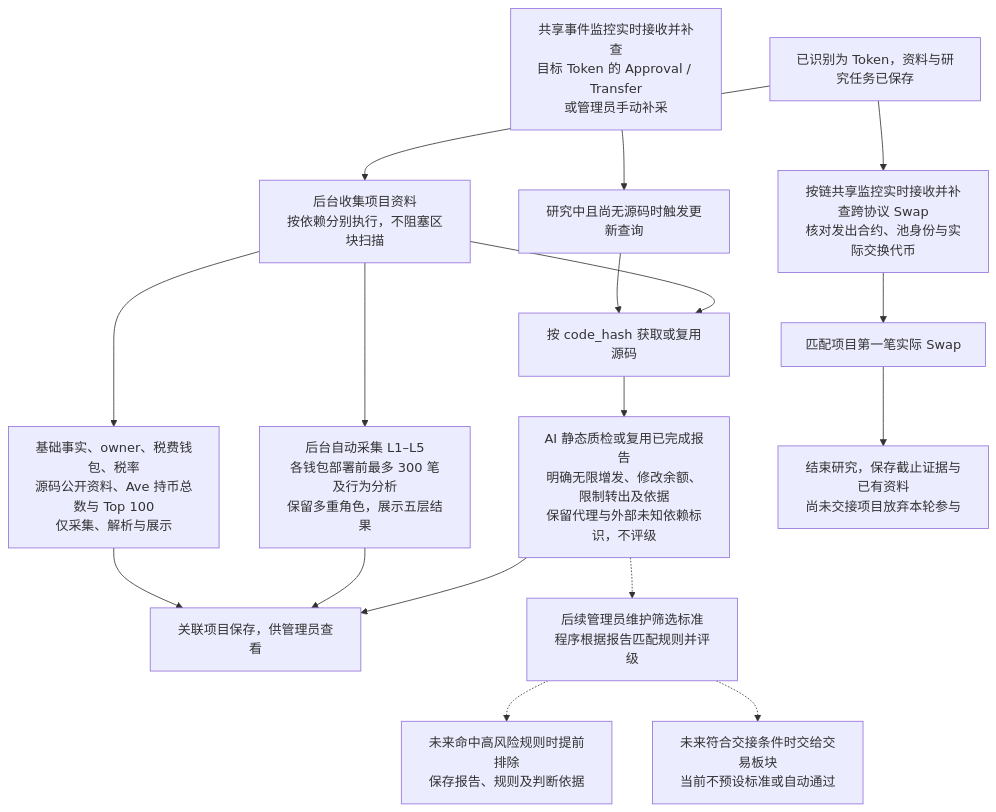
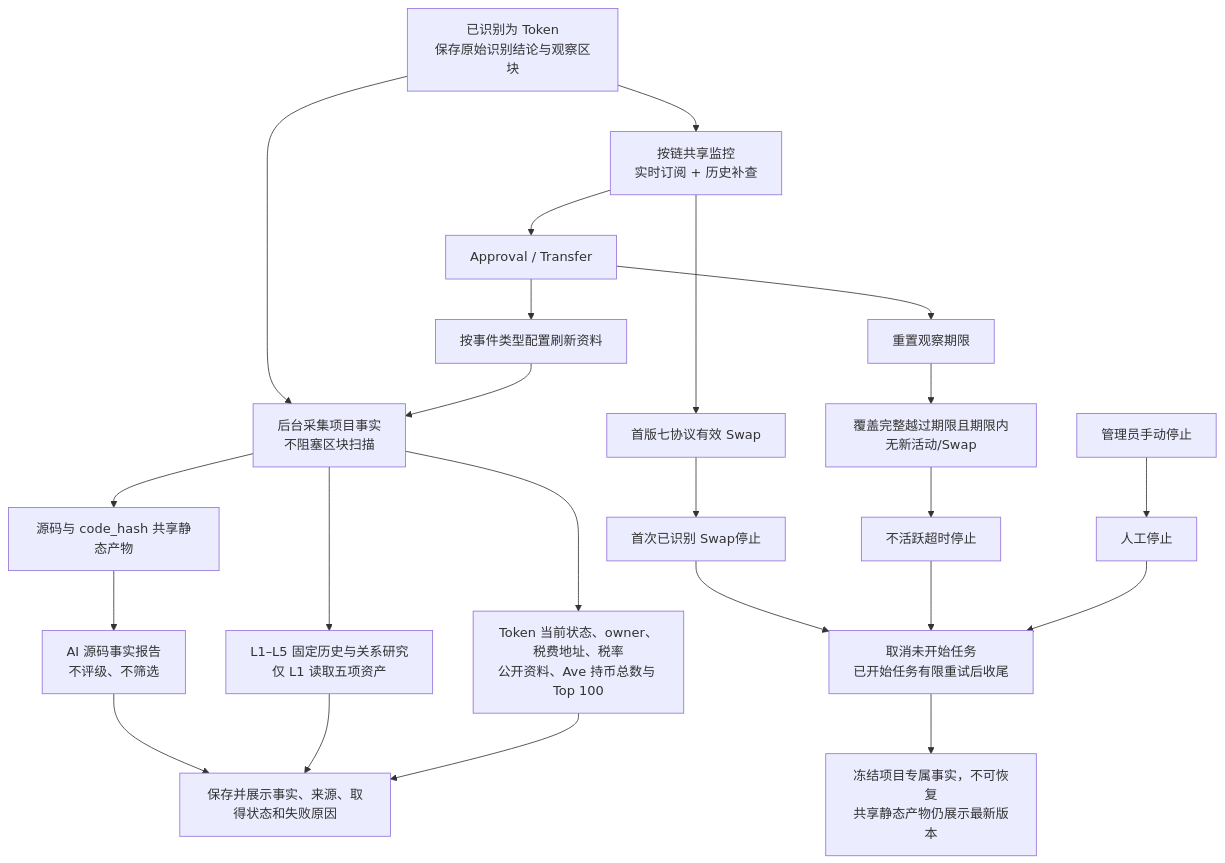
One commit to useryege/athena-o changed the diagram in docs/requirements/token/token-research-flow.md. Above: the diagram before and after it, drawn with Mermaid. The commit also changed other lines of this file and 14 other files, not shown here.

````diff
--- a/docs/requirements/token/token-research-flow.md
+++ b/docs/requirements/token/token-research-flow.md
@@ -13,19 +11,27 @@
 ```mermaid
 flowchart TD
-    token["已识别为 Token，资料与研究任务已保存"] --> materials["后台收集项目资料<br/>按依赖分别执行，不阻塞区块扫描"]
-    materials --> source["按 code_hash 获取或复用源码"]
-    source --> report["AI 静态质检或复用已完成报告<br/>明确无限增发、修改余额、限制转出及依据<br/>保留代理与外部未知依赖标识，不评级"]
-    report --> display["关联项目保存，供管理员查看"]
-    materials --> wallets["后台自动采集 L1–L5<br/>各钱包部署前最多 300 笔及行为分析<br/>保留多重角色，展示五层结果"]
-    materials --> others["基础事实、owner、税费钱包、税率<br/>源码公开资料、Ave 持币总数与 Top 100<br/>仅采集、解析与展示"]
+    token["已识别为 Token<br/>保存原始识别结论与观察区块"] --> materials["后台采集项目事实<br/>不阻塞区块扫描"]
+    materials --> source["源码与 code_hash 共享静态产物"]
+    source --> report["AI 源码事实报告<br/>不评级、不筛选"]
+    materials --> wallets["L1–L5 固定历史与关系研究<br/>仅 L1 读取五项资产"]
+    materials --> others["Token 当前状态、owner、税费地址、税率<br/>公开资料、Ave 持币总数与 Top 100"]
+    report --> display["保存并展示事实、来源、取得状态和失败原因"]
     wallets --> display
     others --> display
-    activity["共享事件监控实时接收并补查<br/>目标 Token 的 Approval / Transfer<br/>或管理员手动补采"] --> update["研究中且尚无源码时触发更新查询"]
-    update --> source
-    token --> monitor["按链共享监控实时接收并补查跨协议 Swap<br/>核对发出合约、池身份与实际交换代币"]
-    monitor --> first["匹配项目第一笔实际 Swap"]
-    first --> stop["结束研究，保存截止证据与已有资料<br/>尚未交接项目放弃本轮参与"]
-    report -.-> rule["后续管理员维护筛选标准<br/>程序根据报告匹配规则并评级"]
-    rule -.-> exclude["未来命中高风险规则时提前排除<br/>保存报告、规则及判断依据"]
-    rule -.-> handoff["未来符合交接条件时交给交易板块<br/>当前不预设标准或自动通过"]
+
+    token --> monitor["按链共享监控<br/>实时订阅 + 历史补查"]
+    monitor --> activity["Approval / Transfer"]
+    activity --> renew["重置观察期限"]
+    activity --> refresh["按事件类型配置刷新资料"]
+    refresh --> materials
+    monitor --> swap["首版七协议有效 Swap"]
+    swap --> stopSwap["首次已识别 Swap停止"]
+    renew --> expiry["覆盖完整越过期限且期限内无新活动/Swap"]
+    expiry --> stopTimeout["不活跃超时停止"]
+    admin["管理员手动停止"] --> stopManual["人工停止"]
+
+    stopSwap --> settle["取消未开始任务<br/>已开始任务有限重试后收尾"]
+    stopTimeout --> settle
+    stopManual --> settle
+    settle --> freeze["冻结项目专属事实，不可恢复<br/>共享静态产物仍展示最新版本"]
 ```
````
